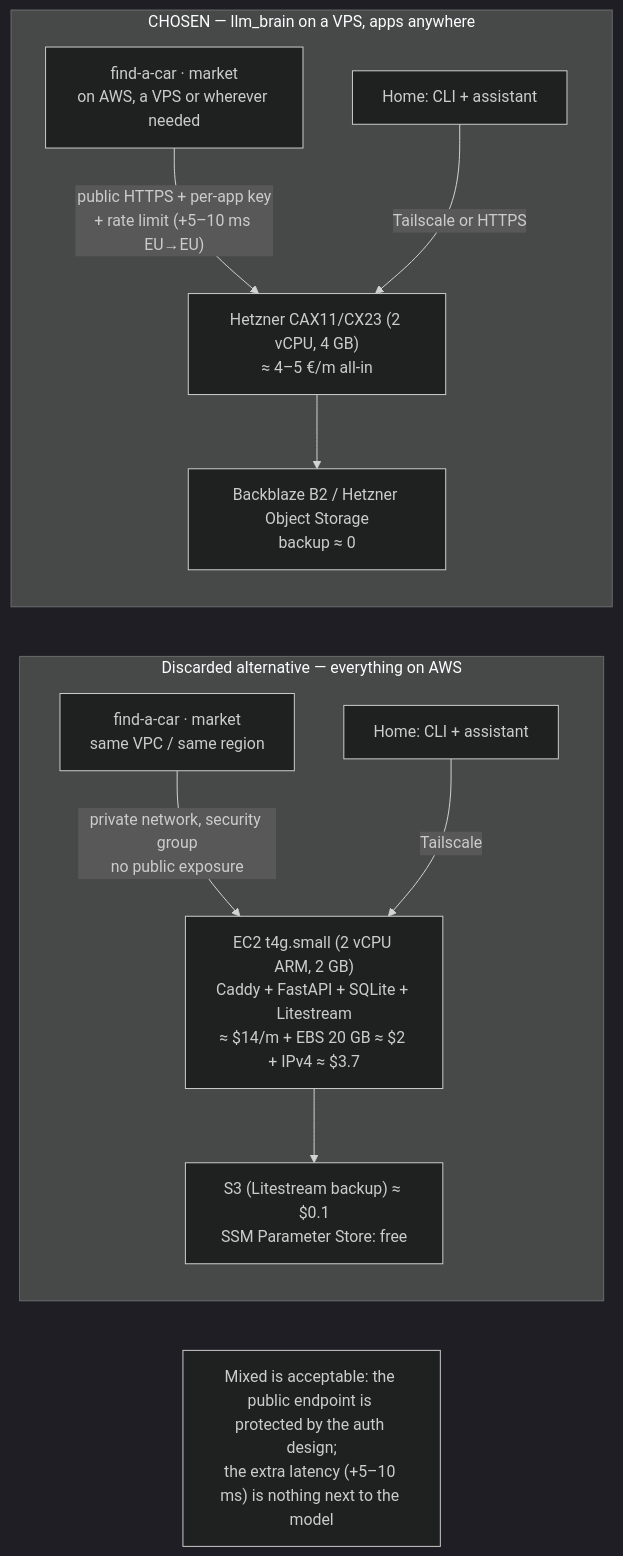
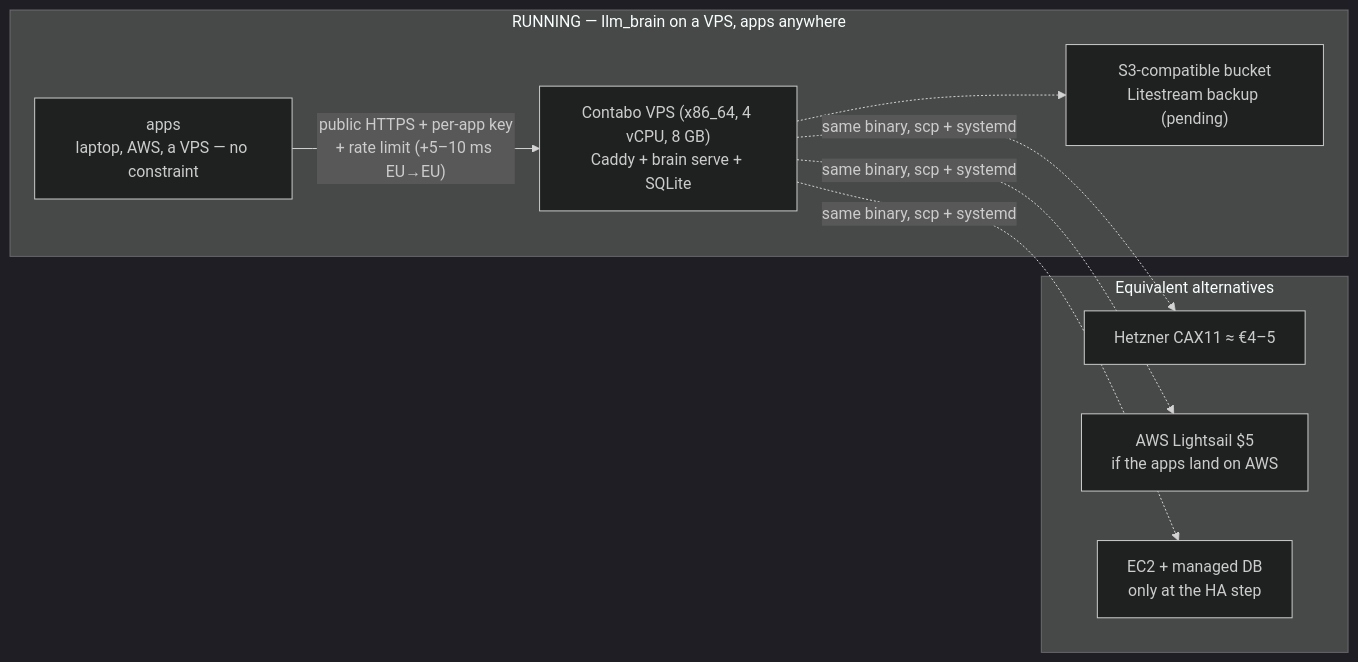
The diagram in diagrams/11-hosting-options.mmd (pjcau/llm_brain), drawn with Mermaid (dark theme) before and after one commit. The commit also changed 42 other files, not shown here.

```diff
--- a/diagrams/11-hosting-options.mmd
+++ b/diagrams/11-hosting-options.mmd
@@ -1,17 +1,13 @@
 flowchart LR
-    subgraph A["Discarded alternative — everything on AWS"]
-        A1["EC2 t4g.small (2 vCPU ARM, 2 GB)<br/>Caddy + FastAPI + SQLite + Litestream<br/>≈ $14/m + EBS 20 GB ≈ $2 + IPv4 ≈ $3.7"]
-        A2["find-a-car · market<br/>same VPC / same region"]
-        A3["S3 (Litestream backup) ≈ $0.1<br/>SSM Parameter Store: free"]
-        A2 -- "private network, security group<br/>no public exposure" --> A1
-        A1 --> A3
-        H1["Home: CLI + assistant"] -- "Tailscale" --> A1
+    subgraph RUN["RUNNING — llm_brain on a VPS, apps anywhere"]
+        B1["Contabo VPS (x86_64, 4 vCPU, 8 GB)<br/>Caddy + brain serve + SQLite"]
+        B2["apps<br/>laptop, AWS, a VPS — no constraint"]
+        B3["S3-compatible bucket<br/>Litestream backup (pending)"]
+        B2 -- "public HTTPS + per-app key<br/>+ rate limit (+5–10 ms EU→EU)" --> B1 -.-> B3
     end
-    subgraph B["CHOSEN — llm_brain on a VPS, apps anywhere"]
-        B1["Hetzner CAX11/CX23 (2 vCPU, 4 GB)<br/>≈ 4–5 €/m all-in"]
-        B2["find-a-car · market<br/>on AWS, a VPS or wherever needed"]
-        B3["Backblaze B2 / Hetzner Object Storage<br/>backup ≈ 0"]
-        B2 -- "public HTTPS + per-app key<br/>+ rate limit (+5–10 ms EU→EU)" --> B1 --> B3
-        H2["Home: CLI + assistant"] -- "Tailscale or HTTPS" --> B1
+    subgraph ALT["Equivalent alternatives"]
+        A1["Hetzner CAX11 ≈ €4–5"]
+        A2["AWS Lightsail $5<br/>if the apps land on AWS"]
+        A3["EC2 + managed DB<br/>only at the HA step"]
     end
-    X["Mixed is acceptable: the public endpoint is protected by the auth design;<br/>the extra latency (+5–10 ms) is nothing next to the model"]
+    B1 -. "same binary, scp + systemd" .-> A1 & A2 & A3
```
